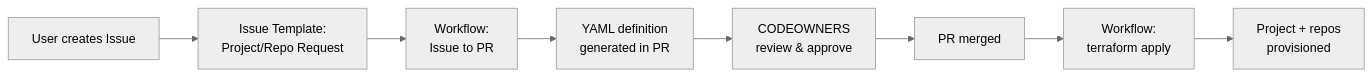
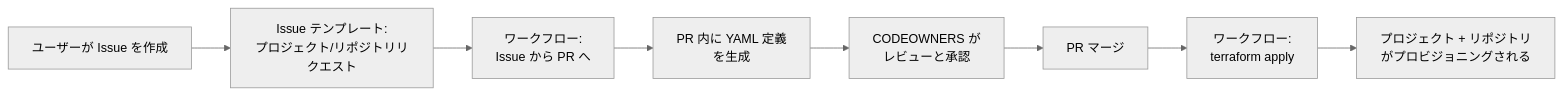
One commit to shigeyf/DevOps-Landing-Zone changed the diagram in docs/Target-Architecture-Spec.ja.md. Above: the diagram before and after it, drawn with Mermaid (neutral theme). The commit also changed other lines of this file, not shown here.

First line of the commit message:
docs: fully translate Target-Architecture-Spec.ja.md into Japanese

````diff
--- a/docs/Target-Architecture-Spec.ja.md
+++ b/docs/Target-Architecture-Spec.ja.md
@@ -1171,10 +1172,10 @@
 ```mermaid
 flowchart LR
-    A[User creates Issue] --> B[Issue Template:<br/>Project/Repo Request]
-    B --> C[Workflow:<br/>Issue to PR]
-    C --> D[YAML definition<br/>generated in PR]
-    D --> E[CODEOWNERS<br/>review & approve]
-    E --> F[PR merged]
-    F --> G[Workflow:<br/>terraform apply]
-    G --> H[Project + repos<br/>provisioned]
+    A[ユーザーが Issue を作成] --> B[Issue テンプレート:<br/>プロジェクト/リポジトリリクエスト]
+    B --> C[ワークフロー:<br/>Issue から PR へ]
+    C --> D[PR 内に YAML 定義<br/>を生成]
+    D --> E[CODEOWNERS が<br/>レビューと承認]
+    E --> F[PR マージ]
+    F --> G[ワークフロー:<br/>terraform apply]
+    G --> H[プロジェクト + リポジトリ<br/>がプロビジョニングされる]
 ```
````
